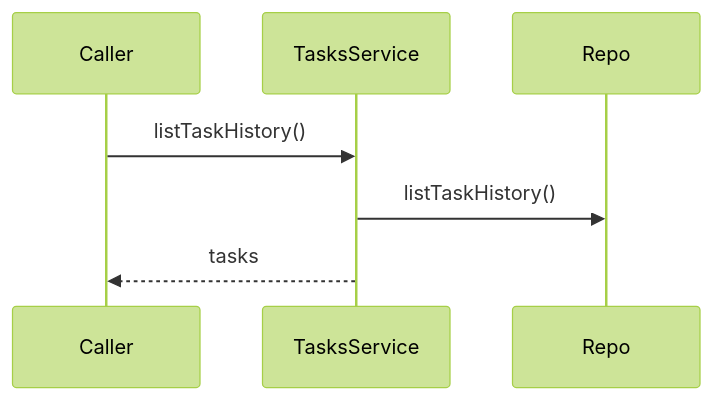
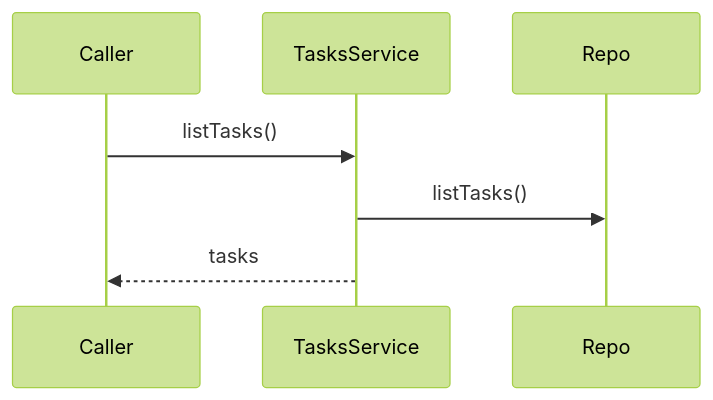
Before and after one commit to TurtleStoffel/tektite-console: the first of 8 diagrams in src/backend/domains/tasks/README.md, drawn with Mermaid (forest theme). The commit also changed other lines of this file and 11 other files, not shown here.

Commit message:
Rename Task History to Task

````diff
--- a/src/backend/domains/tasks/README.md
+++ b/src/backend/domains/tasks/README.md
@@ -9,9 +9,9 @@
 ```mermaid
 sequenceDiagram
     participant Caller
     participant TasksService
     participant Repo
-    Caller->>TasksService: listTaskHistory()
-    TasksService->>Repo: listTaskHistory()
+    Caller->>TasksService: listTasks()
+    TasksService->>Repo: listTasks()
     TasksService-->>Caller: tasks
 ```
````
